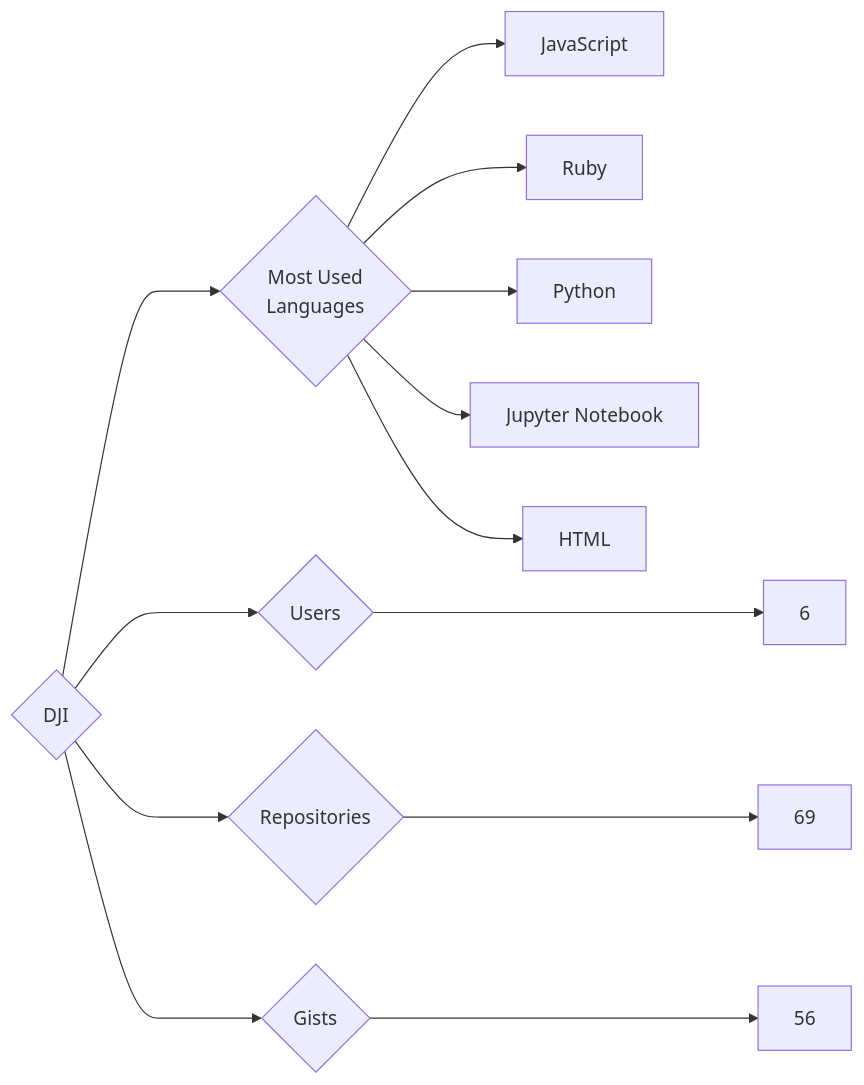
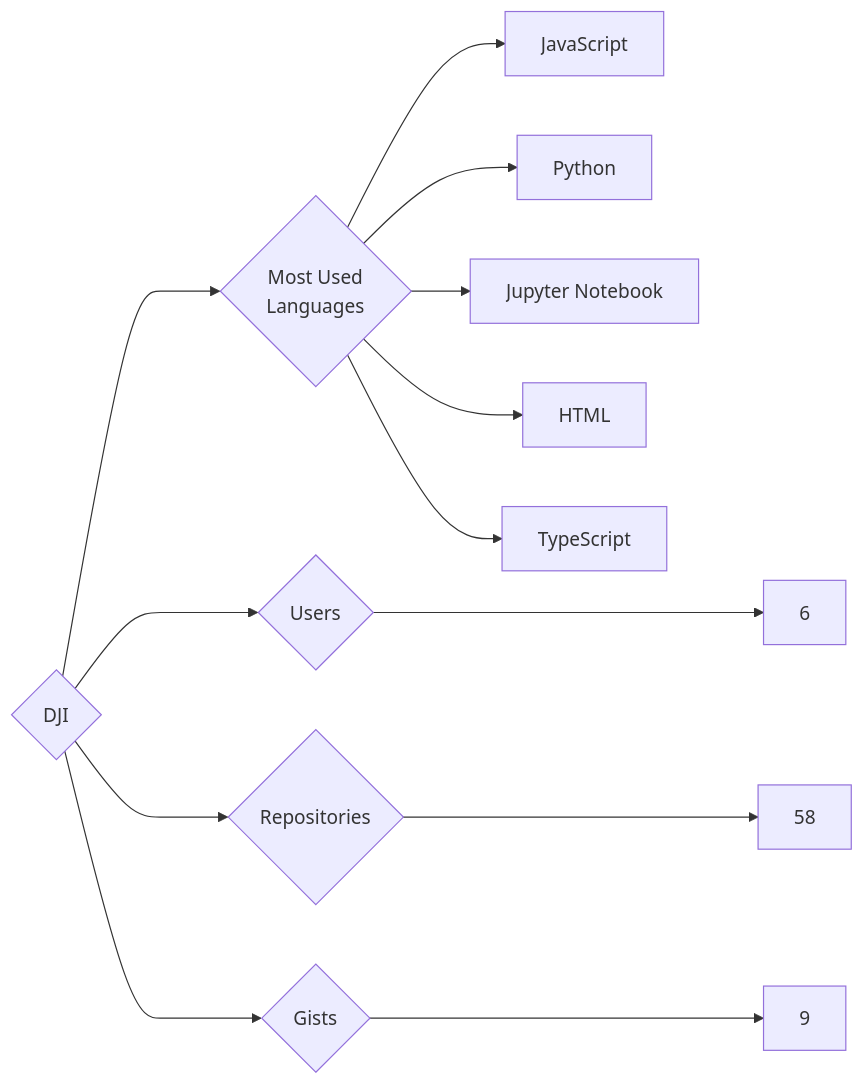
Before and after one commit to trickest/insiders: the diagram in targets/DJI/README.md, drawn with Mermaid. The commit also changed 938 other files, not shown here.

````diff
--- a/targets/DJI/README.md
+++ b/targets/DJI/README.md
@@ -3,13 +3,13 @@
 ```mermaid
 graph LR
 COMPANY_NAME{DJI}
 COMPANY_NAME ---> U{Users} ---> UN[6]
-COMPANY_NAME ---> R{Repositories} ---> RN[69]
-COMPANY_NAME ---> G{Gists} ---> GN[56]
+COMPANY_NAME ---> R{Repositories} ---> RN[58]
+COMPANY_NAME ---> G{Gists} ---> GN[9]
 COMPANY_NAME ---> ML{Most Used<br>Languages}
 ML --> JavaScript[JavaScript]
-ML --> Ruby[Ruby]
 ML --> Python[Python]
 ML --> Jupyter_Notebook[Jupyter Notebook]
 ML --> HTML[HTML]
+ML --> TypeScript[TypeScript]
 ```
````
